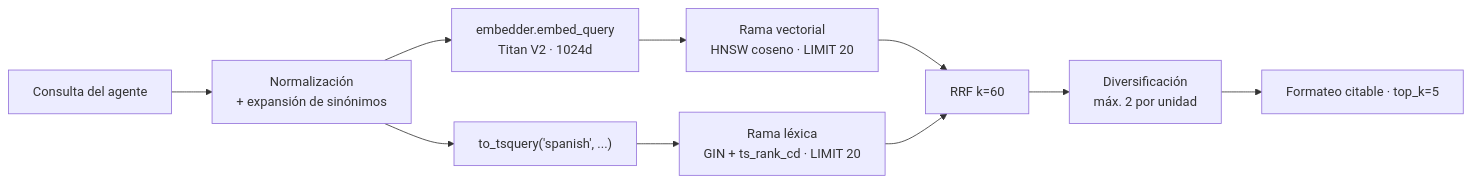
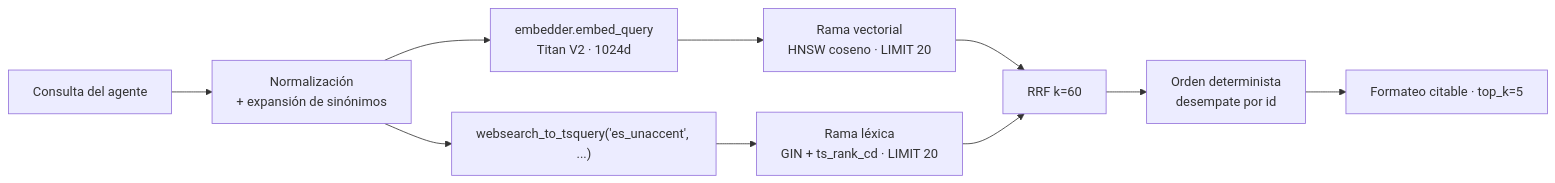
One commit to e2lira/rag-cv changed the diagram in docs/rfc/RFC-0003-retrieval-hibrido-rrf.md. Above: the diagram before and after it, drawn with Mermaid. The commit also changed other lines of this file and 7 other files, not shown here.

````diff
--- a/docs/rfc/RFC-0003-retrieval-hibrido-rrf.md
+++ b/docs/rfc/RFC-0003-retrieval-hibrido-rrf.md
@@ -36,12 +36,12 @@
 ```mermaid
 flowchart LR
     Q["Consulta del agente"] --> N["Normalización<br/>+ expansión de sinónimos"]
     N --> E["embedder.embed_query<br/>Titan V2 · 1024d"]
-    N --> T["to_tsquery('spanish', ...)"]
+    N --> T["websearch_to_tsquery('es_unaccent', ...)"]
     E --> V["Rama vectorial<br/>HNSW coseno · LIMIT 20"]
     T --> L["Rama léxica<br/>GIN + ts_rank_cd · LIMIT 20"]
     V --> R["RRF k=60"]
     L --> R
-    R --> D["Diversificación<br/>máx. 2 por unidad"]
+    R --> D["Orden determinista<br/>desempate por id"]
     D --> F["Formateo citable · top_k=5"]
 ```
````
